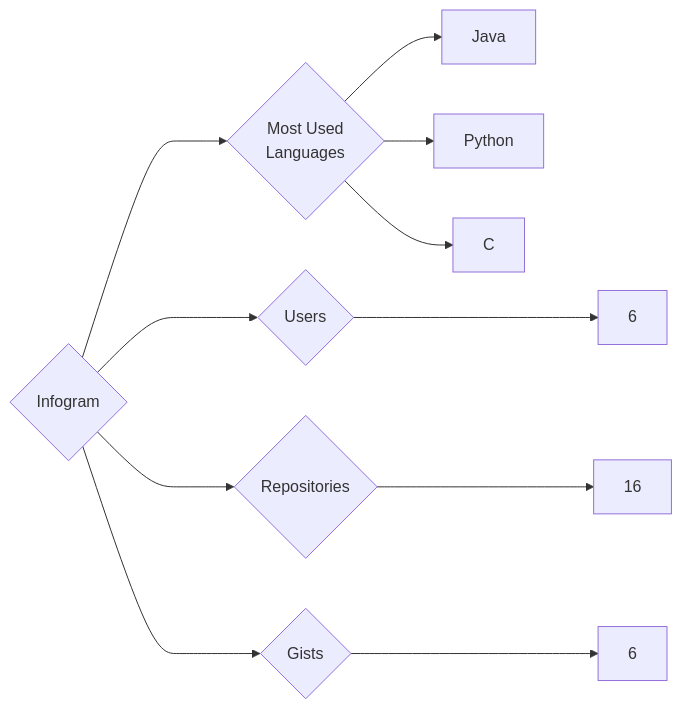
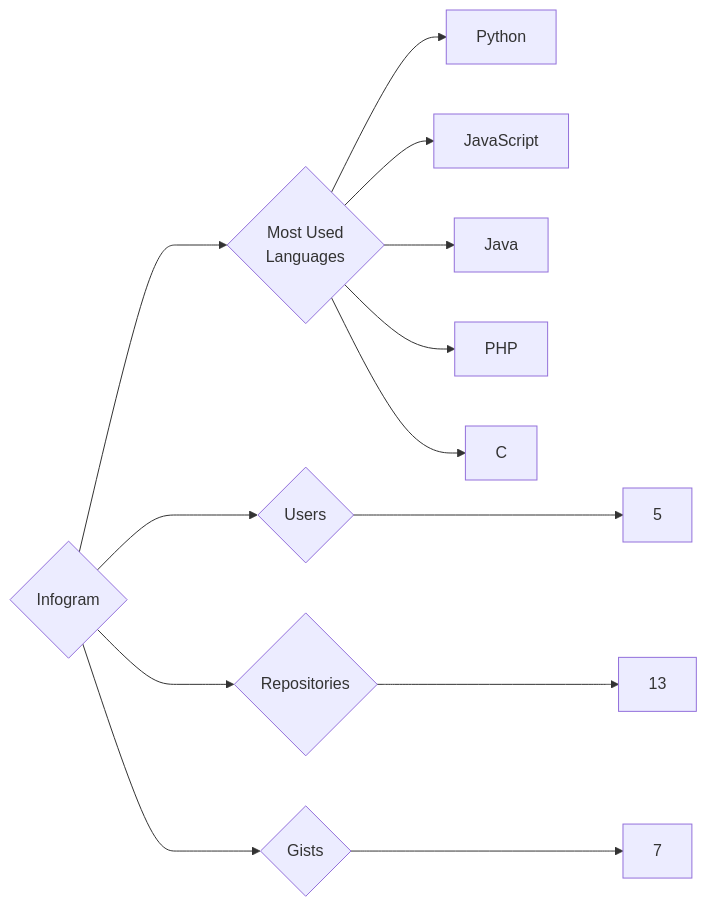
One commit to trickest/insiders changed the diagram in targets/Infogram/README.md. Above: the diagram before and after it, drawn with Mermaid. The commit also changed 1148 other files, not shown here.

````diff
--- a/targets/Infogram/README.md
+++ b/targets/Infogram/README.md
@@ -3,11 +3,13 @@
 ```mermaid
 graph LR
 COMPANY_NAME{Infogram}
-COMPANY_NAME ---> U{Users} ---> UN[6]
-COMPANY_NAME ---> R{Repositories} ---> RN[16]
-COMPANY_NAME ---> G{Gists} ---> GN[6]
+COMPANY_NAME ---> U{Users} ---> UN[5]
+COMPANY_NAME ---> R{Repositories} ---> RN[13]
+COMPANY_NAME ---> G{Gists} ---> GN[7]
 COMPANY_NAME ---> ML{Most Used<br>Languages}
+ML --> Python[Python]
+ML --> JavaScript[JavaScript]
 ML --> Java[Java]
-ML --> Python[Python]
+ML --> PHP[PHP]
 ML --> C[C]
 ```
````
